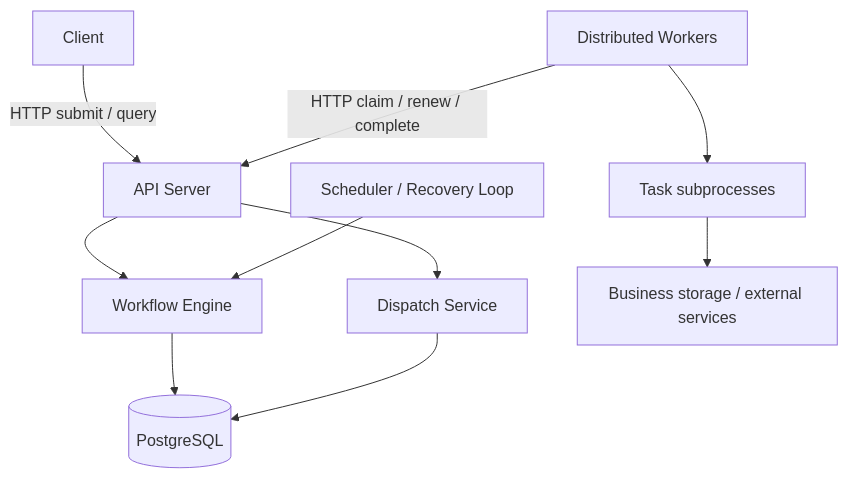
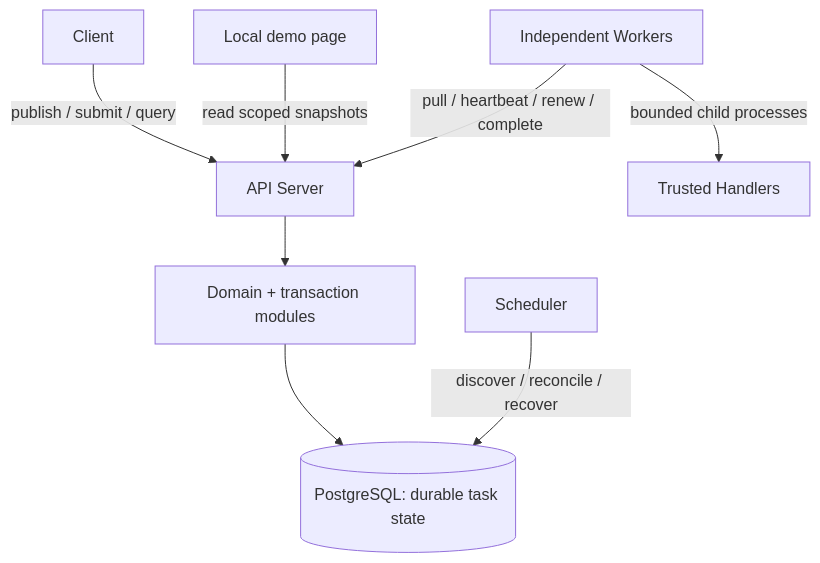
Before and after one commit to Shenggyyy/distributed-workflow-engine: the diagram in README.md, drawn with Mermaid. The commit also changed other lines of this file and 4 other files, not shown here.

````diff
--- a/README.md
+++ b/README.md
@@ -489,12 +25,10 @@
 ```mermaid
-flowchart TB
-    Client -->|HTTP submit / query| API[API Server]
-    API --> Engine[Workflow Engine]
-    API --> Dispatch[Dispatch Service]
-    Scheduler[Scheduler / Recovery Loop] --> Engine
-    Engine --> DB[(PostgreSQL)]
-    Dispatch --> DB
-    Workers[Distributed Workers] -->|HTTP claim / renew / complete| API
-    Workers --> Handlers[Task subprocesses]
-    Handlers --> External[Business storage / external services]
+flowchart TD
+    Client -->|publish / submit / query| API[API Server]
+    UI[Local demo page] -->|read scoped snapshots| API
+    Workers[Independent Workers] -->|pull / heartbeat / renew / complete| API
+    API --> Engine[Domain + transaction modules]
+    Engine --> PG[(PostgreSQL: durable task state)]
+    Scheduler -->|discover / reconcile / recover| PG
+    Workers -->|bounded child processes| Handlers[Trusted Handlers]
 ```
````
